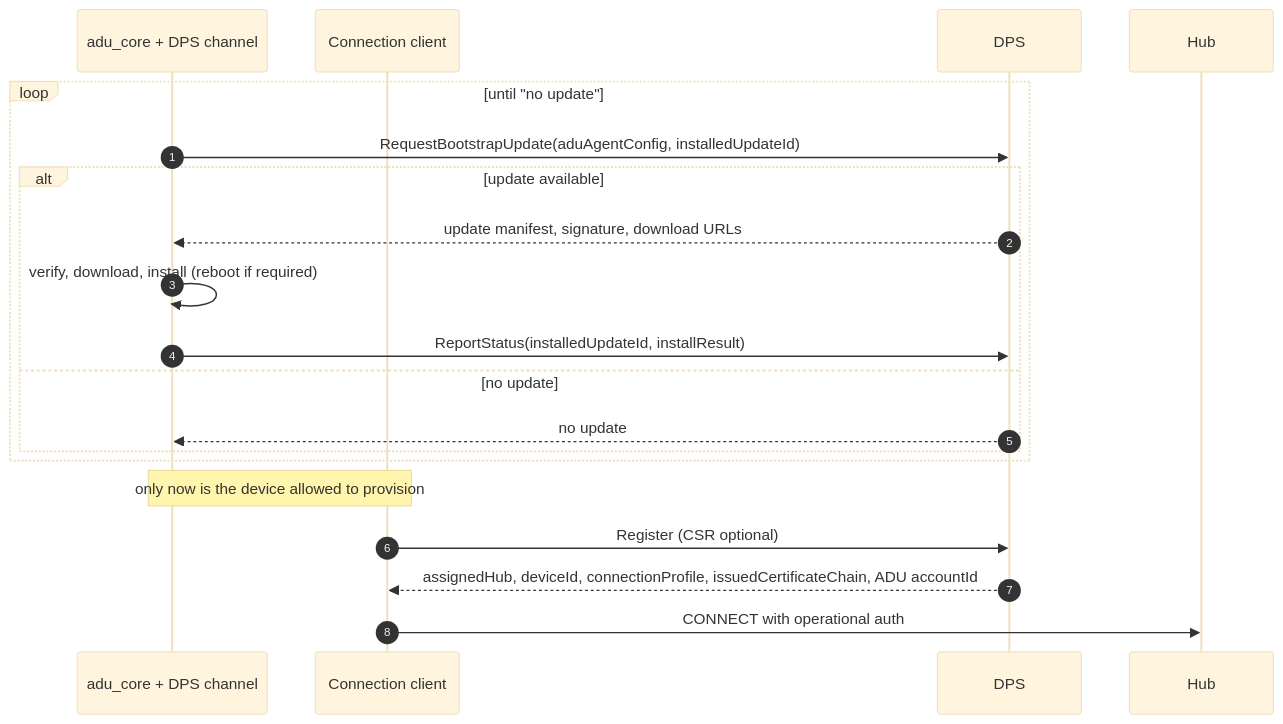
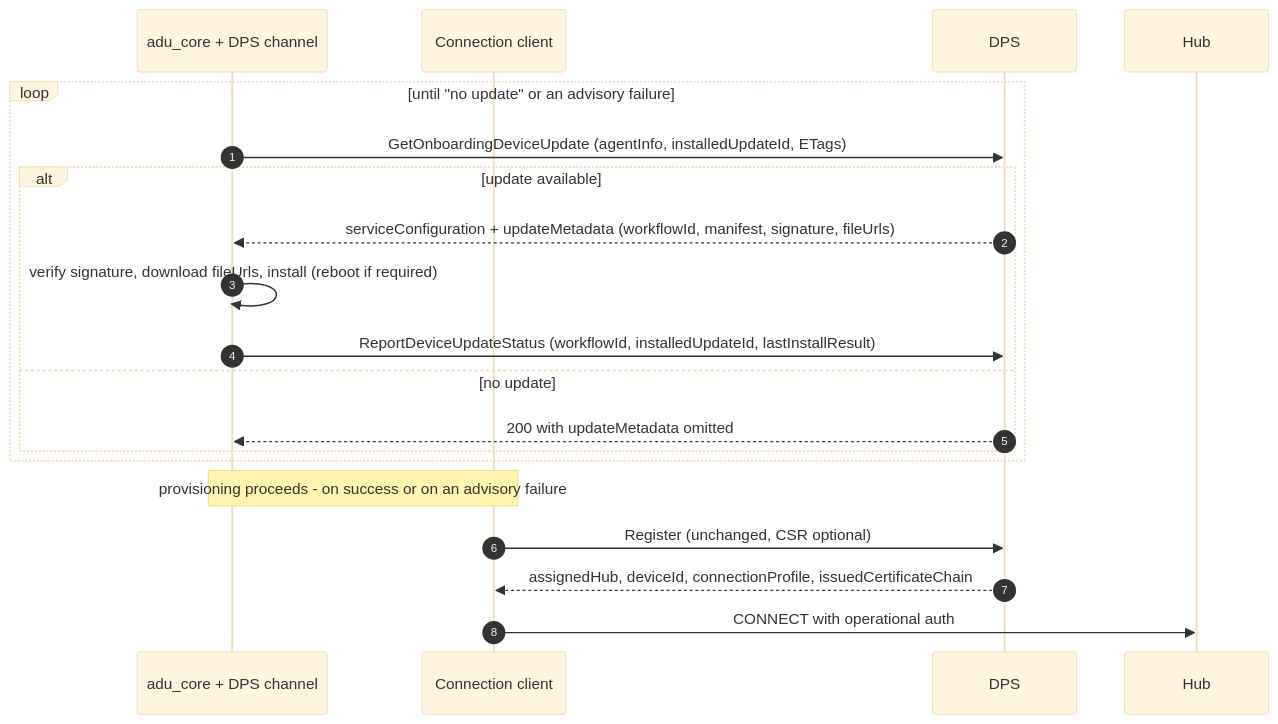
One commit to Azure/azure-iot-sdk changed the seventh of 9 diagrams in c/docs/connection.md. Above: the diagram before and after it, drawn with Mermaid (base theme). The commit also changed other lines of this file, not shown here.

First line of the commit message:
Correct ADUv2 details against the DPS device-update spec

````diff
--- a/c/docs/connection.md
+++ b/c/docs/connection.md
@@ -378,24 +387,24 @@
 ```mermaid
 sequenceDiagram
     autonumber
     participant ADU as adu_core + DPS channel
     participant Conn as Connection client
     participant DPS
     participant Hub
 
-    loop until "no update"
-        ADU->>DPS: RequestBootstrapUpdate(aduAgentConfig, installedUpdateId)
+    loop until "no update" or an advisory failure
+        ADU->>DPS: GetOnboardingDeviceUpdate (agentInfo, installedUpdateId, ETags)
         alt update available
-            DPS-->>ADU: update manifest, signature, download URLs
-            ADU->>ADU: verify, download, install (reboot if required)
-            ADU->>DPS: ReportStatus(installedUpdateId, installResult)
+            DPS-->>ADU: serviceConfiguration + updateMetadata (workflowId, manifest, signature, fileUrls)
+            ADU->>ADU: verify signature, download fileUrls, install (reboot if required)
+            ADU->>DPS: ReportDeviceUpdateStatus (workflowId, installedUpdateId, lastInstallResult)
         else no update
-            DPS-->>ADU: no update
+            DPS-->>ADU: 200 with updateMetadata omitted
         end
     end
 
-    Note over ADU,Conn: only now is the device allowed to provision
-    Conn->>DPS: Register (CSR optional)
-    DPS-->>Conn: assignedHub, deviceId, connectionProfile, issuedCertificateChain, ADU accountId
+    Note over ADU,Conn: provisioning proceeds - on success or on an advisory failure
+    Conn->>DPS: Register (unchanged, CSR optional)
+    DPS-->>Conn: assignedHub, deviceId, connectionProfile, issuedCertificateChain
     Conn->>Hub: CONNECT with operational auth
 ```
````
